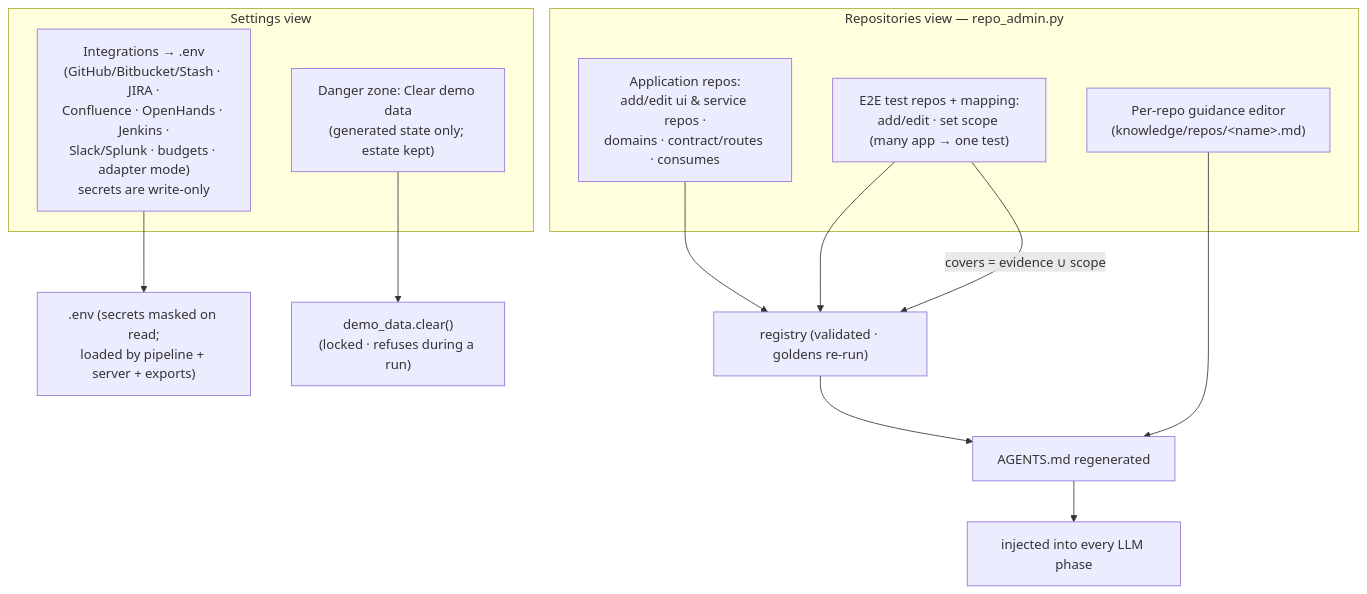
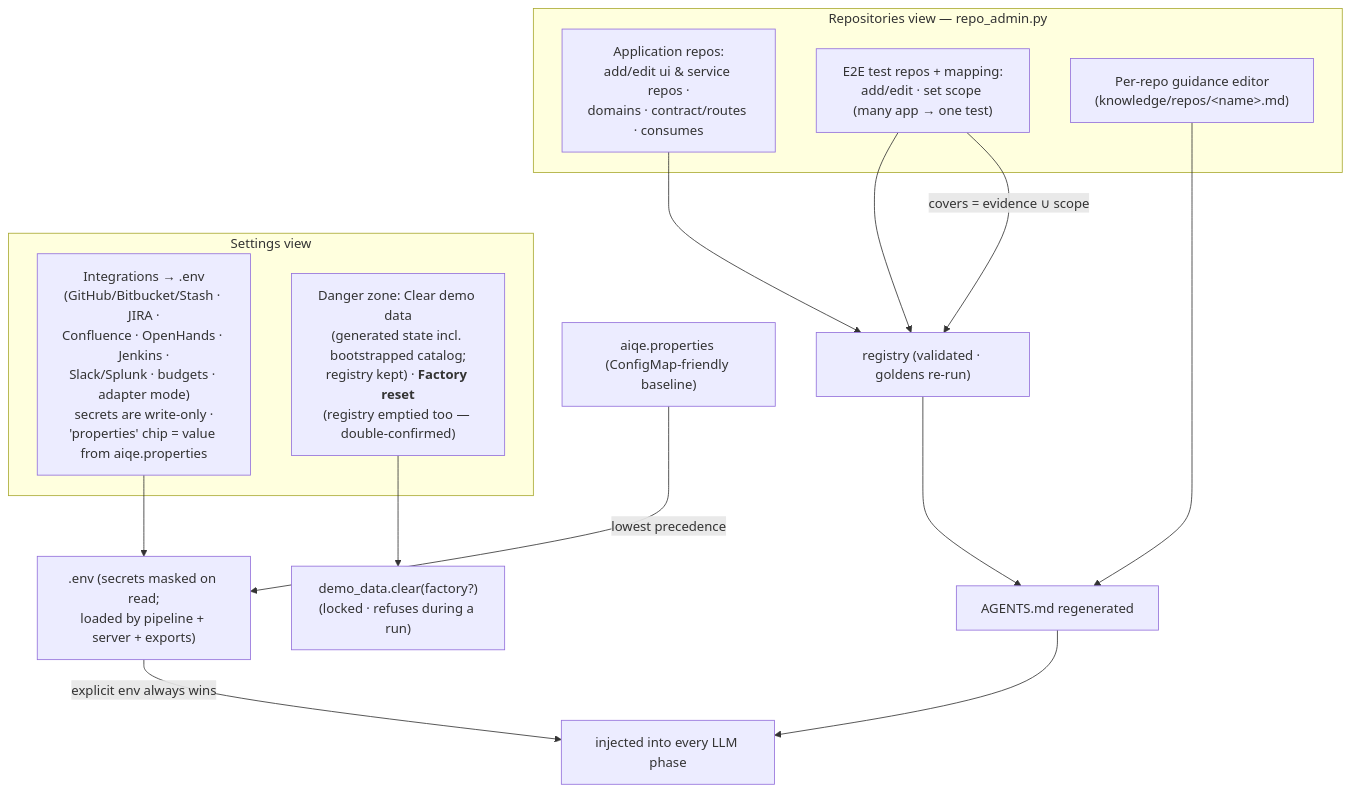
One commit to anandtopu/auto-tests-gen changed diagram 13 of 15 in docs/diagrams.md. Above: the diagram before and after it, drawn with Mermaid. The commit also changed other lines of this file and 92 other files, not shown here.

````diff
--- a/docs/diagrams.md
+++ b/docs/diagrams.md
@@ -360,20 +365,22 @@
 ```mermaid
 flowchart TD
     subgraph REPOSV["Repositories view — repo_admin.py"]
         A1["Application repos:<br/>add/edit ui &amp; service repos ·<br/>domains · contract/routes · consumes"]
         A2["E2E test repos + mapping:<br/>add/edit · set scope (many app → one test)"]
         A3["Per-repo guidance editor<br/>(knowledge/repos/&lt;name&gt;.md)"]
     end
     subgraph SETV["Settings view"]
-        B1["Integrations → .env<br/>(GitHub/Bitbucket/Stash · JIRA ·<br/>Confluence · OpenHands · Jenkins ·<br/>Slack/Splunk · budgets · adapter mode)<br/>secrets are write-only"]
-        B2["Danger zone: Clear demo data<br/>(generated state only; estate kept)"]
+        B1["Integrations → .env<br/>(GitHub/Bitbucket/Stash · JIRA ·<br/>Confluence · OpenHands · Jenkins ·<br/>Slack/Splunk · budgets · adapter mode)<br/>secrets are write-only ·<br/>'properties' chip = value from aiqe.properties"]
+        B2["Danger zone: Clear demo data<br/>(generated state incl. bootstrapped catalog;<br/>registry kept) · <b>Factory reset</b><br/>(registry emptied too — double-confirmed)"]
     end
     A1 --> REG2["registry (validated · goldens re-run)"]
     A2 --> REG2
     A2 -- "covers = evidence ∪ scope" --> REG2
     A3 --> AG2["AGENTS.md regenerated"]
     REG2 --> AG2
+    PROPS["aiqe.properties (ConfigMap-friendly baseline)"] -- "lowest precedence" --> ENV
     B1 --> ENV[".env (secrets masked on read;<br/>loaded by pipeline + server + exports)"]
-    B2 --> DEMO["demo_data.clear()<br/>(locked · refuses during a run)"]
+    ENV -- "explicit env always wins" --> PH2
+    B2 --> DEMO["demo_data.clear(factory?)<br/>(locked · refuses during a run)"]
     AG2 --> PH2["injected into every LLM phase"]
 ```
````
